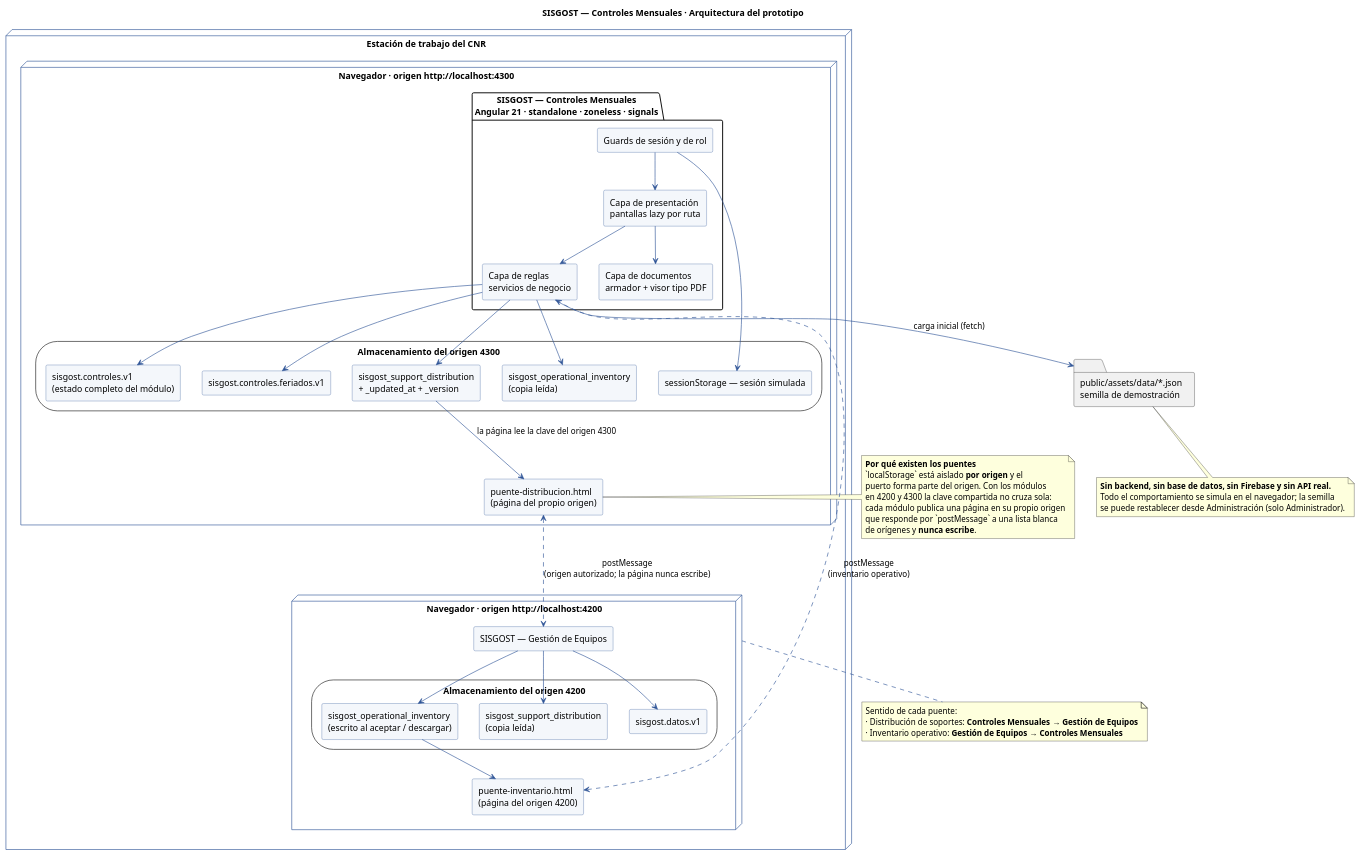
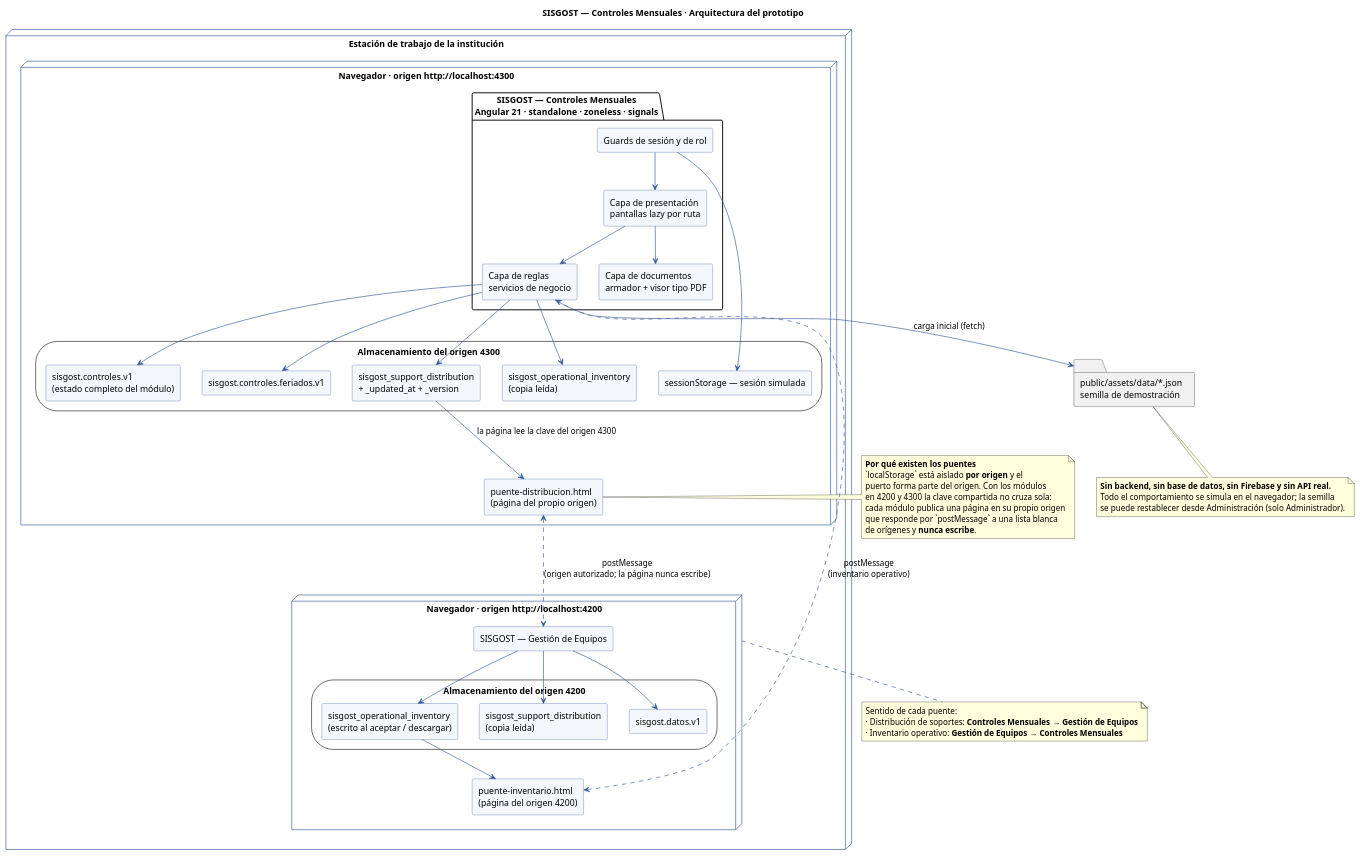
Before and after one commit to diego0399/sisgost-controles-mensuales: the diagram in docs/plantuml/arquitectura.puml, drawn with PlantUML. The commit also changed 46 other files, not shown here.

```diff
--- a/docs/plantuml/arquitectura.puml
+++ b/docs/plantuml/arquitectura.puml
@@ -1,88 +1,88 @@
 @startuml arquitectura
 title SISGOST — Controles Mensuales · Arquitectura del prototipo
 skinparam shadowing false
 skinparam backgroundColor #FFFFFF
 skinparam componentStyle rectangle
 skinparam component {
   BackgroundColor #F4F7FB
   BorderColor #2F5597
   ArrowColor #2F5597
 }
 skinparam node {
   BackgroundColor #FFFFFF
   BorderColor #2F5597
 }
 
-node "Estación de trabajo del CNR" {
+node "Estación de trabajo de la institución" {
 
   node "Navegador · origen http://localhost:4300" as NAV43 {
     package "SISGOST — Controles Mensuales\nAngular 21 · standalone · zoneless · signals" {
       [Capa de presentación\npantallas lazy por ruta] as UI
       [Capa de reglas\nservicios de negocio] as SRV
       [Capa de documentos\narmador + visor tipo PDF] as DOCS
       [Guards de sesión y de rol] as GUARD
     }
     storage "Almacenamiento del origen 4300" as ST43 {
       [sisgost.controles.v1\n(estado completo del módulo)] as K1
       [sisgost.controles.feriados.v1] as K2
       [sisgost_support_distribution\n+ _updated_at + _version] as K3
       [sisgost_operational_inventory\n(copia leída)] as K4
       [sessionStorage — sesión simulada] as K5
     }
     [puente-distribucion.html\n(página del propio origen)] as PD
   }
 
   node "Navegador · origen http://localhost:4200" as NAV42 {
     [SISGOST — Gestión de Equipos] as GE
     storage "Almacenamiento del origen 4200" as ST42 {
       [sisgost.datos.v1] as G1
       [sisgost_operational_inventory\n(escrito al aceptar / descargar)] as G2
       [sisgost_support_distribution\n(copia leída)] as G3
     }
     [puente-inventario.html\n(página del origen 4200)] as PI
   }
 }
 
 folder "public/assets/data/*.json\nsemilla de demostración" as SEED
 
 UI --> SRV
 UI --> DOCS
 GUARD --> UI
 SRV --> K1
 SRV --> K2
 SRV --> K3
 SRV --> K4
 GUARD --> K5
 SRV --> SEED : carga inicial (fetch)
 
 K3 --> PD : la página lee la clave del origen 4300
 PD <..> GE : postMessage\n(origen autorizado; la página nunca escribe)
 G2 --> PI
 PI <..> SRV : postMessage\n(inventario operativo)
 GE --> G1
 GE --> G2
 GE --> G3
 
 note right of PD
   **Por qué existen los puentes**
   `localStorage` está aislado **por origen** y el
   puerto forma parte del origen. Con los módulos
   en 4200 y 4300 la clave compartida no cruza sola:
   cada módulo publica una página en su propio origen
   que responde por `postMessage` a una lista blanca
   de orígenes y **nunca escribe**.
 end note
 
 note bottom of SEED
   **Sin backend, sin base de datos, sin Firebase y sin API real.**
   Todo el comportamiento se simula en el navegador; la semilla
   se puede restablecer desde Administración (solo Administrador).
 end note
 
 note bottom of NAV42
   Sentido de cada puente:
   · Distribución de soportes: **Controles Mensuales → Gestión de Equipos**
   · Inventario operativo: **Gestión de Equipos → Controles Mensuales**
 end note
 
 @enduml
```
